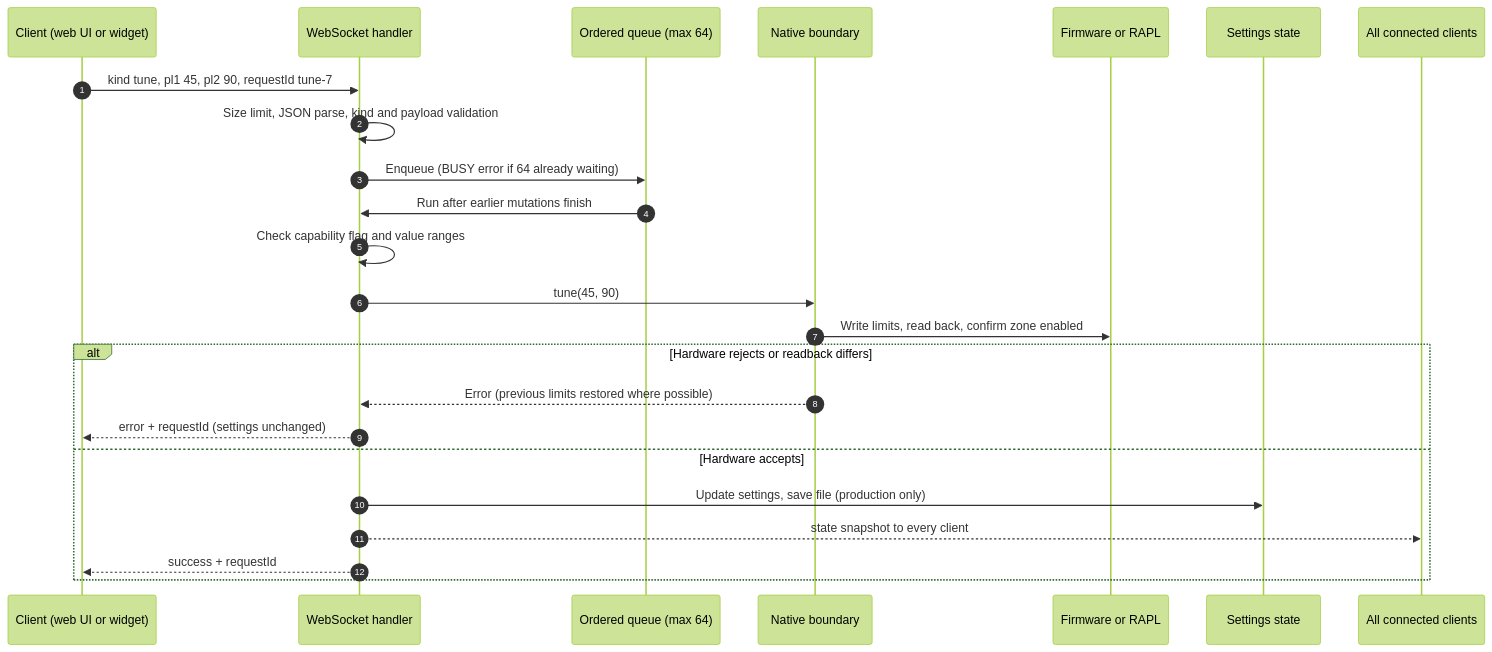
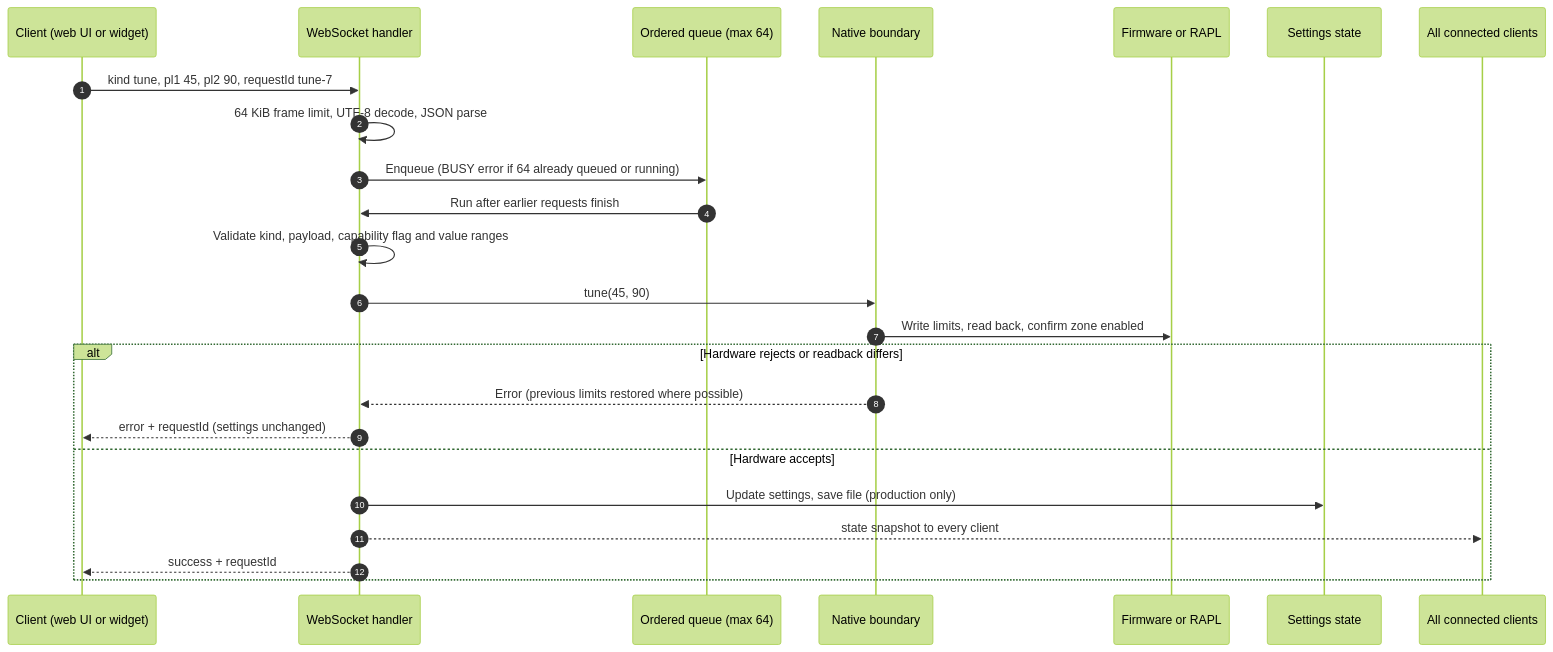
One commit to ThatMarko/alfc changed the second of 4 diagrams in ARCHITECTURE.md. Above: the diagram before and after it, drawn with Mermaid (forest theme). The commit also changed other lines of this file and 14 other files, not shown here.

````diff
--- a/ARCHITECTURE.md
+++ b/ARCHITECTURE.md
@@ -152,27 +154,27 @@
 ```mermaid
 sequenceDiagram
   autonumber
   participant C as Client (web UI or widget)
   participant H as WebSocket handler
   participant Q as Ordered queue (max 64)
   participant N as Native boundary
   participant F as Firmware or RAPL
   participant S as Settings state
   participant A as All connected clients
 
   C->>H: kind tune, pl1 45, pl2 90, requestId tune-7
-  H->>H: Size limit, JSON parse, kind and payload validation
-  H->>Q: Enqueue (BUSY error if 64 already waiting)
-  Q->>H: Run after earlier mutations finish
-  H->>H: Check capability flag and value ranges
+  H->>H: 64 KiB frame limit, UTF-8 decode, JSON parse
+  H->>Q: Enqueue (BUSY error if 64 already queued or running)
+  Q->>H: Run after earlier requests finish
+  H->>H: Validate kind, payload, capability flag and value ranges
   H->>N: tune(45, 90)
   N->>F: Write limits, read back, confirm zone enabled
   alt Hardware rejects or readback differs
     N-->>H: Error (previous limits restored where possible)
     H-->>C: error + requestId (settings unchanged)
   else Hardware accepts
     H->>S: Update settings, save file (production only)
     H-->>A: state snapshot to every client
     H-->>C: success + requestId
   end
 ```
````
